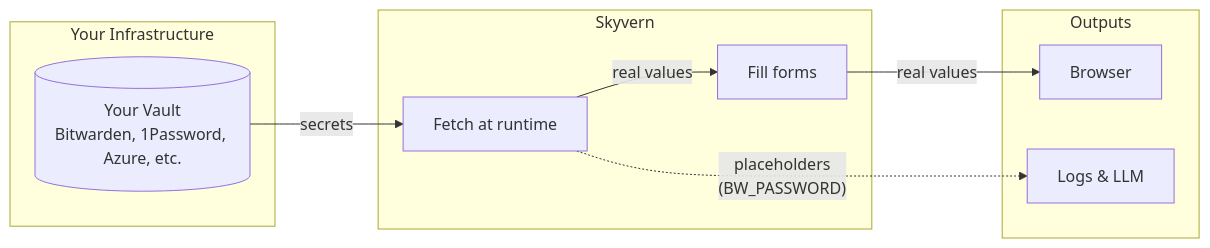
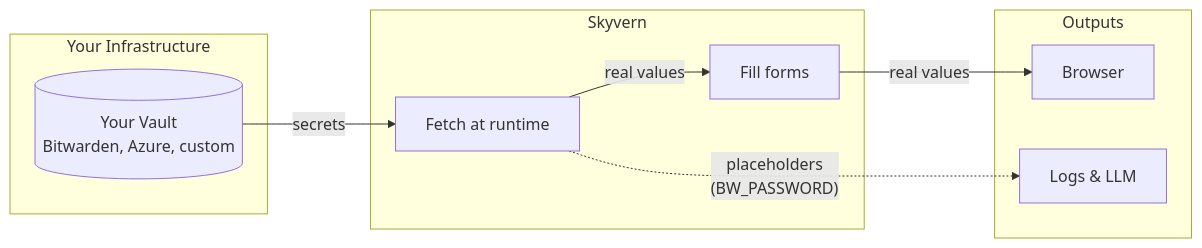
One commit to maniculehq/skyvern changed the diagram in docs/developers/credentials/store-credentials.mdx. Above: the diagram before and after it, drawn with Mermaid. The commit also changed other lines of this file and 12 other files, not shown here.

````diff
--- a/docs/developers/credentials/store-credentials.mdx
+++ b/docs/developers/credentials/store-credentials.mdx
@@ -35,21 +35,21 @@
 ```mermaid
 flowchart LR
     subgraph Your Infrastructure
-        Vault[(Your Vault<br/>Bitwarden, 1Password, Azure, etc.)]
+        Vault[(Your Vault<br/>Bitwarden, Azure, custom)]
     end
 
     subgraph Skyvern
         Fetch[Fetch at runtime]
         Fill[Fill forms]
     end
 
     subgraph Outputs
         Browser[Browser]
         Logs[Logs & LLM]
     end
 
     Vault -->|secrets| Fetch
     Fetch -->|real values| Fill
     Fill -->|real values| Browser
     Fetch -.->|"placeholders<br/>(BW_PASSWORD)"| Logs
 ```
````
